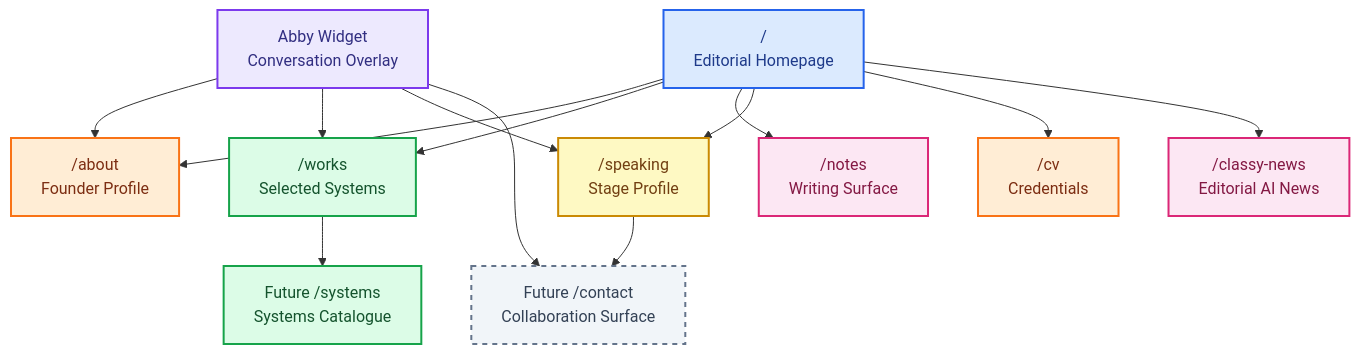
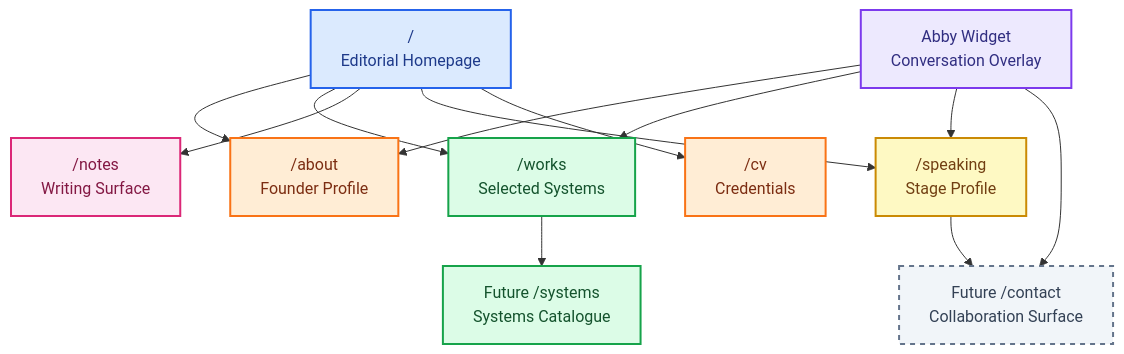
The second of 11 diagrams in README.md (drferdii/ferdiiskandar.com), drawn with Mermaid before and after one commit. The commit also changed other lines of this file and 2 other files, not shown here.

````diff
--- a/README.md
+++ b/README.md
@@ -196,42 +190,40 @@
 ```mermaid
 flowchart TD
     Home["/ <br/>Editorial Homepage"]
     About["/about <br/>Founder Profile"]
     Works["/works <br/>Selected Systems"]
     Notes["/notes <br/>Writing Surface"]
     Speaking["/speaking <br/>Stage Profile"]
     CV["/cv <br/>Credentials"]
-    News["/classy-news <br/>Editorial AI News"]
     Abby["Abby Widget <br/>Conversation Overlay"]
     Contact["Future /contact <br/>Collaboration Surface"]
     Systems["Future /systems <br/>Systems Catalogue"]
 
     Home --> About
     Home --> Works
     Home --> Notes
     Home --> Speaking
     Home --> CV
-    Home --> News
     Abby --> About
     Abby --> Works
     Abby --> Speaking
     Abby --> Contact
     Works --> Systems
     Speaking --> Contact
 
     classDef home fill:#DBEAFE,stroke:#2563EB,color:#1E3A8A,stroke-width:2px;
     classDef profile fill:#FFEDD5,stroke:#F97316,color:#7C2D12,stroke-width:2px;
     classDef work fill:#DCFCE7,stroke:#16A34A,color:#14532D,stroke-width:2px;
     classDef writing fill:#FCE7F3,stroke:#DB2777,color:#831843,stroke-width:2px;
     classDef public fill:#FEF9C3,stroke:#CA8A04,color:#713F12,stroke-width:2px;
     classDef ai fill:#EDE9FE,stroke:#7C3AED,color:#312E81,stroke-width:2px;
     classDef future fill:#F1F5F9,stroke:#64748B,color:#334155,stroke-dasharray: 5 5,stroke-width:2px;
 
     class Home home;
     class About,CV profile;
     class Works,Systems work;
-    class Notes,News writing;
+    class Notes writing;
     class Speaking public;
     class Abby ai;
     class Contact future;
 ```
````
